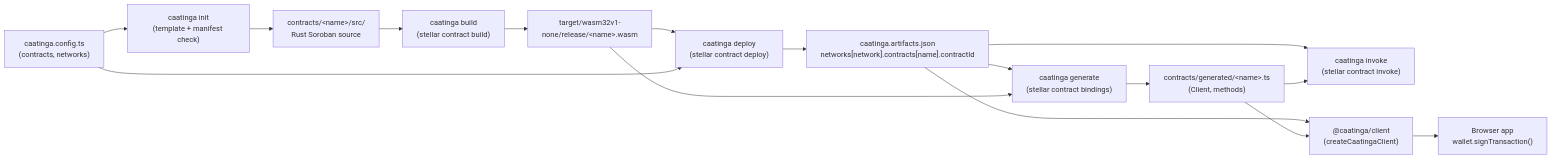
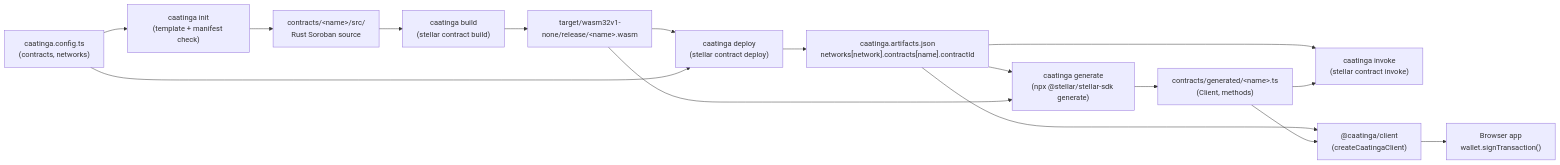
Before and after one commit to Dione-b/caatinga: the first of 2 diagrams in docs/architecture.md, drawn with Mermaid. The commit also changed 10 other files, not shown here.

Commit message:
docs: reflect @stellar/stellar-sdk generate in generate/bindings docs

````diff
--- a/docs/architecture.md
+++ b/docs/architecture.md
@@ -45,37 +45,37 @@
 ```mermaid
 flowchart LR
   cfg["caatinga.config.ts<br/>(contracts, networks)"]
   src["contracts/&lt;name&gt;/src/<br/>Rust Soroban source"]
   init["caatinga init<br/>(template + manifest check)"]
 
   build["caatinga build<br/>(stellar contract build)"]
   wasm["target/wasm32v1-none/release/&lt;name&gt;.wasm"]
 
   deploy["caatinga deploy<br/>(stellar contract deploy)"]
   artifacts["caatinga.artifacts.json<br/>networks[network].contracts[name].contractId"]
 
-  generate["caatinga generate<br/>(stellar contract bindings)"]
+  generate["caatinga generate<br/>(npx @stellar/stellar-sdk generate)"]
   bindings["contracts/generated/&lt;name&gt;.ts<br/>(Client, methods)"]
 
   invoke["caatinga invoke<br/>(stellar contract invoke)"]
 
   client["@caatinga/client<br/>(createCaatingaClient)"]
   browser["Browser app<br/>wallet.signTransaction()"]
 
   cfg --> init
   init --> src
   src --> build
   build --> wasm
   wasm --> deploy
   cfg --> deploy
   deploy --> artifacts
   artifacts --> generate
   wasm --> generate
   generate --> bindings
   artifacts --> invoke
   bindings --> invoke
 
   artifacts --> client
   bindings --> client
   client --> browser
 ```
````
